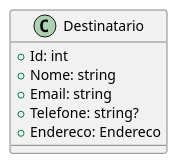
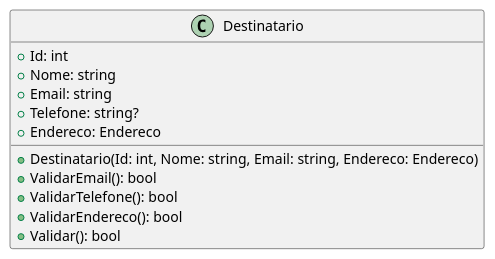
The diagram in docs/C4/Destinatario.puml (samorysundjata/MalaDiretaCSharp), drawn with PlantUML before and after one commit. The commit also changed 7 other files, not shown here.

```diff
--- a/docs/C4/Destinatario.puml
+++ b/docs/C4/Destinatario.puml
@@ -1,11 +1,17 @@
 @startuml Destinatario-Code
 
 class Destinatario {
   + Id: int
   + Nome: string
   + Email: string
   + Telefone: string?
   + Endereco: Endereco
+
+  + Destinatario(Id: int, Nome: string, Email: string, Endereco: Endereco)
+  + ValidarEmail(): bool
+  + ValidarTelefone(): bool
+  + ValidarEndereco(): bool
+  + Validar(): bool
 }
 
 @enduml
```
